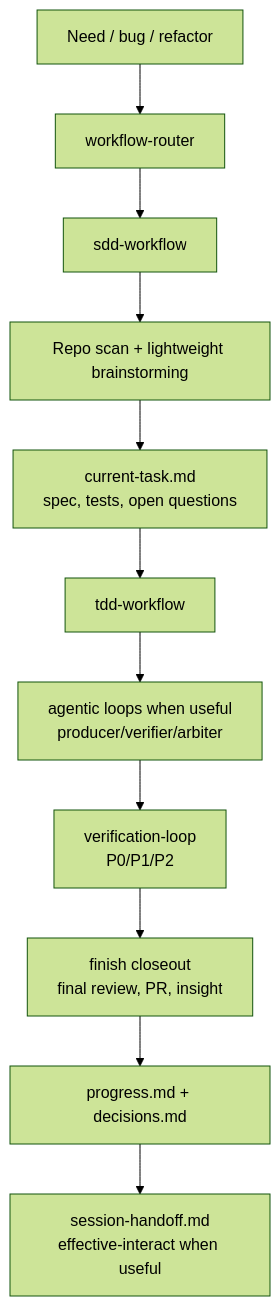
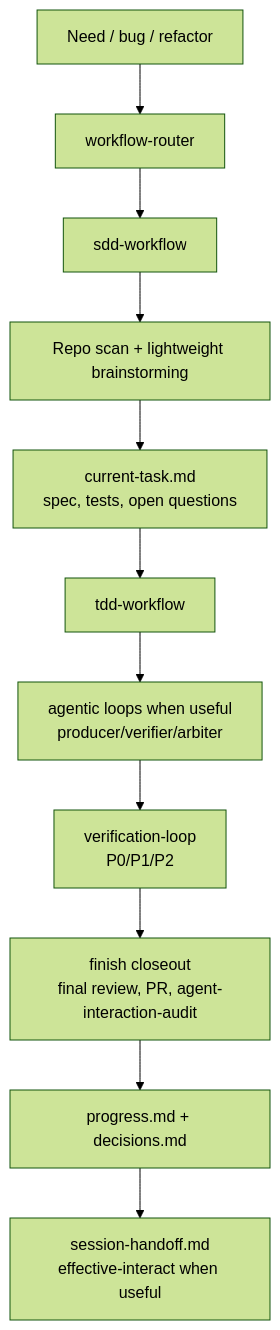
Before and after one commit to JasonxzWen/harness-hub: the diagram in docs/capability-map.md, drawn with Mermaid (forest theme). The commit also changed other lines of this file and 56 other files, not shown here.

Commit message:
Rename insight to agent interaction audit

````diff
--- a/docs/capability-map.md
+++ b/docs/capability-map.md
@@ -18,13 +18,13 @@
 ```mermaid
 flowchart TD
   Need["Need / bug / refactor"] --> Route["workflow-router"]
   Route --> SDD["sdd-workflow"]
   SDD --> Brainstorm["Repo scan + lightweight brainstorming"]
   Brainstorm --> State["current-task.md<br/>spec, tests, open questions"]
   State --> TDD["tdd-workflow"]
   TDD --> Agentic["agentic loops when useful<br/>producer/verifier/arbiter"]
   Agentic --> Verify["verification-loop<br/>P0/P1/P2"]
-  Verify --> Closeout["finish closeout<br/>final review, PR, insight"]
+  Verify --> Closeout["finish closeout<br/>final review, PR, agent-interaction-audit"]
   Closeout --> Memory["progress.md + decisions.md"]
   Memory --> Handoff["session-handoff.md<br/>effective-interact when useful"]
 ```
````
